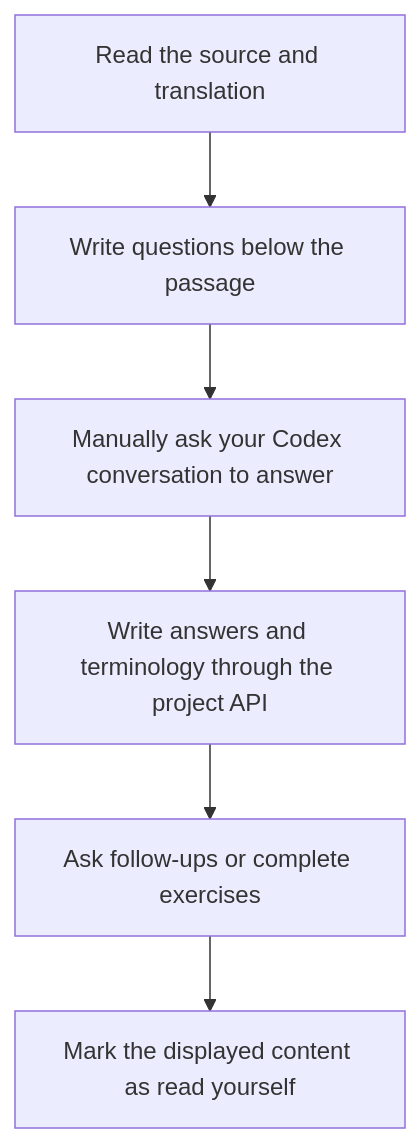
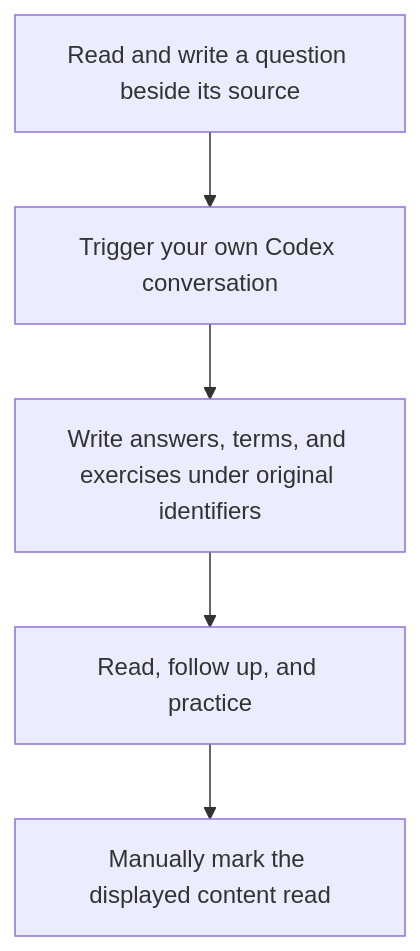
The diagram in README.en.md (AIALRA-0/ManualReader), drawn with Mermaid before and after one commit. The commit also changed other lines of this file and 54 other files, not shown here.

````diff
--- a/README.en.md
+++ b/README.en.md
@@ -72,8 +134,7 @@
 ```mermaid
 flowchart TD
-    A[Read the source and translation] --> B[Write questions below the passage]
-    B --> C[Manually ask your Codex conversation to answer]
-    C --> D[Write answers and terminology through the project API]
-    D --> E[Ask follow-ups or complete exercises]
-    E --> F[Mark the displayed content as read yourself]
+    A[Read and write a question beside its source] --> B[Trigger your own Codex conversation]
+    B --> C[Write answers, terms, and exercises under original identifiers]
+    C --> D[Read, follow up, and practice]
+    D --> E[Manually mark the displayed content read]
 ```
````
